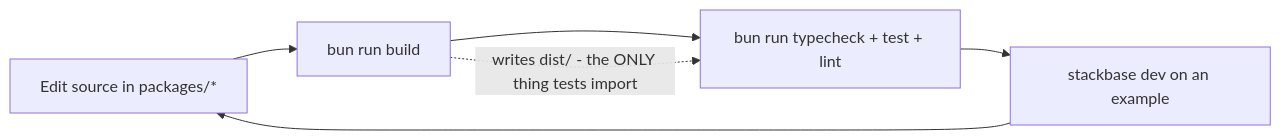
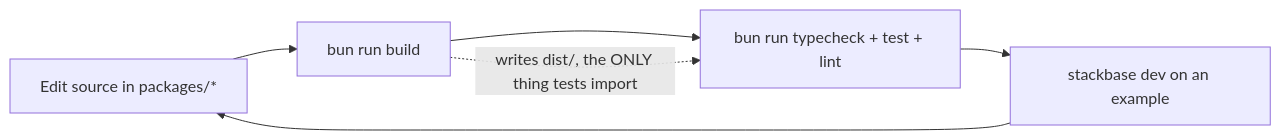
One commit to helipod-sh/helipod changed the first of 2 diagrams in docs_new/content/docs/contributing/codebase/development.mdx. Above: the diagram before and after it, drawn with Mermaid. The commit also changed other lines of this file and 49 other files, not shown here.

````diff
--- a/docs_new/content/docs/contributing/codebase/development.mdx
+++ b/docs_new/content/docs/contributing/codebase/development.mdx
@@ -77,8 +77,8 @@
 ```mermaid
 flowchart LR
     A["Edit source in packages/*"] --> B["bun run build"]
     B --> C["bun run typecheck + test + lint"]
     C --> D["stackbase dev on an example"]
     D --> A
-    B -.->|"writes dist/ - the ONLY thing tests import"| C
+    B -.->|"writes dist/, the ONLY thing tests import"| C
 ```
````
